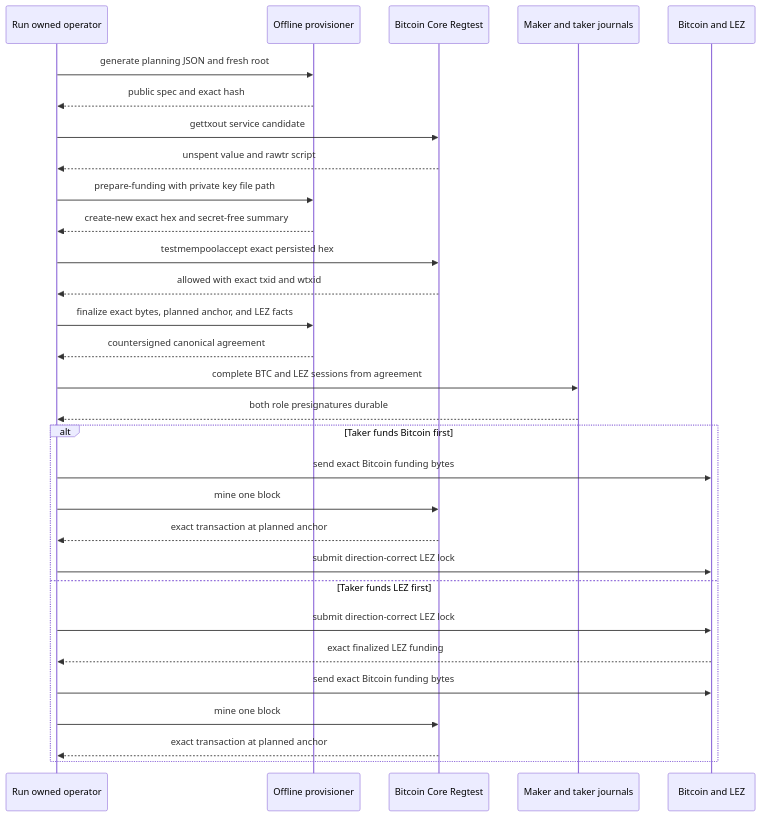
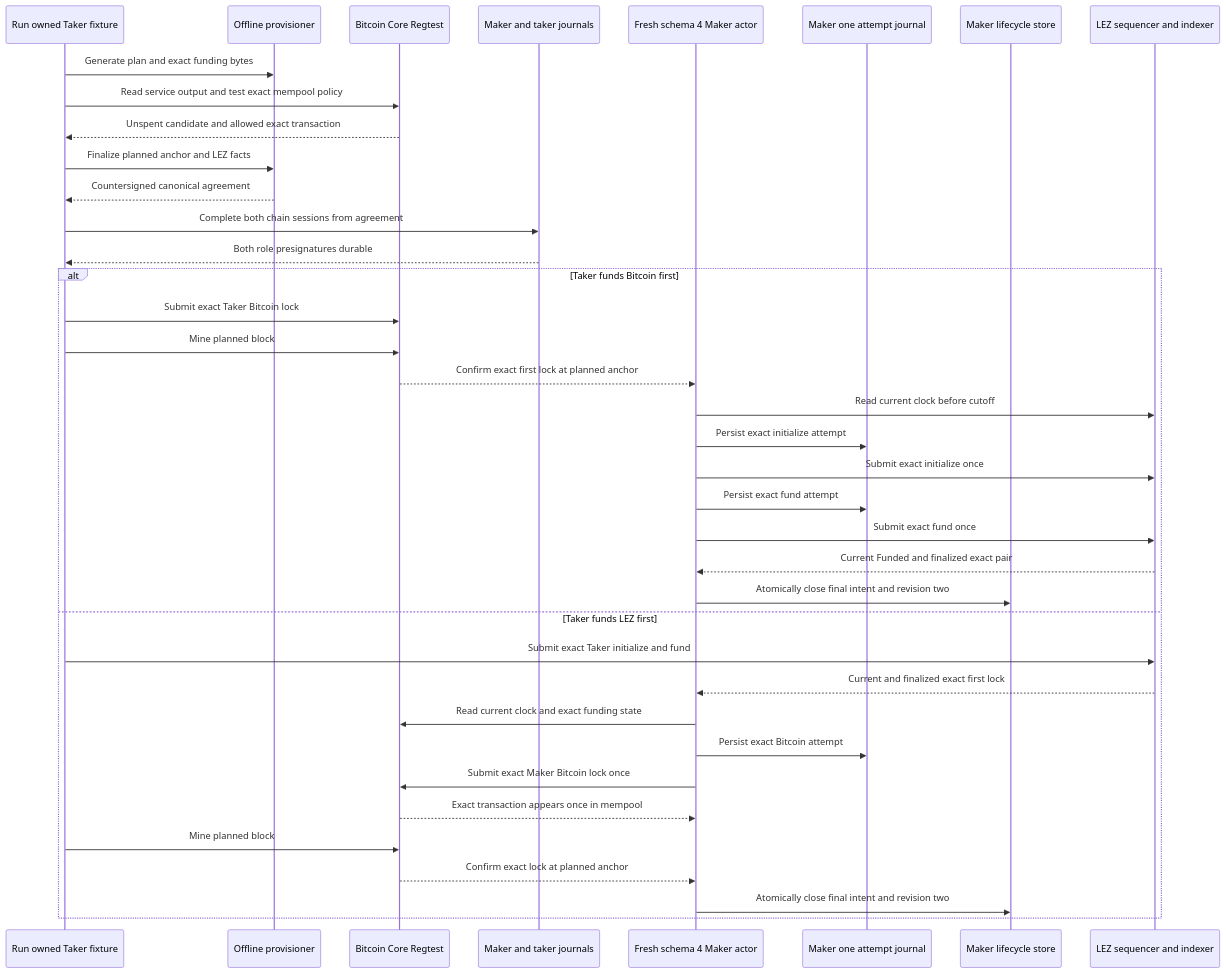
The second of 2 diagrams in docs/architecture/0037-finalize-exact-bitcoin-funding-before-first-effect.md (gateway-fm/lez-atomic-swaps), drawn with Mermaid before and after one commit. The commit also changed other lines of this file and 5 other files, not shown here.

Commit message:
docs: reconcile M3 schema4 architecture decisions

````diff
--- a/docs/architecture/0037-finalize-exact-bitcoin-funding-before-first-effect.md
+++ b/docs/architecture/0037-finalize-exact-bitcoin-funding-before-first-effect.md
@@ -91,33 +108,41 @@
 ```mermaid
 sequenceDiagram
-    participant Operator as Run owned operator
+    participant Fixture as Run owned Taker fixture
     participant Provisioner as Offline provisioner
     participant Core as Bitcoin Core Regtest
     participant Signers as Maker and taker journals
-    participant Chains as Bitcoin and LEZ
+    participant Maker as Fresh schema 4 Maker actor
+    participant Journal as Maker one attempt journal
+    participant Store as Maker lifecycle store
+    participant Lez as LEZ sequencer and indexer
 
-    Operator->>Provisioner: generate planning JSON and fresh root
-    Provisioner-->>Operator: public spec and exact hash
-    Operator->>Core: gettxout service candidate
-    Core-->>Operator: unspent value and rawtr script
-    Operator->>Provisioner: prepare-funding with private key file path
-    Provisioner-->>Operator: create-new exact hex and secret-free summary
-    Operator->>Core: testmempoolaccept exact persisted hex
-    Core-->>Operator: allowed with exact txid and wtxid
-    Operator->>Provisioner: finalize exact bytes, planned anchor, and LEZ facts
-    Provisioner-->>Operator: countersigned canonical agreement
-    Operator->>Signers: complete BTC and LEZ sessions from agreement
-    Signers-->>Operator: both role presignatures durable
+    Fixture->>Provisioner: Generate plan and exact funding bytes
+    Fixture->>Core: Read service output and test exact mempool policy
+    Core-->>Fixture: Unspent candidate and allowed exact transaction
+    Fixture->>Provisioner: Finalize planned anchor and LEZ facts
+    Provisioner-->>Fixture: Countersigned canonical agreement
+    Fixture->>Signers: Complete both chain sessions from agreement
+    Signers-->>Fixture: Both role presignatures durable
     alt Taker funds Bitcoin first
-        Operator->>Chains: send exact Bitcoin funding bytes
-        Operator->>Core: mine one block
-        Core-->>Operator: exact transaction at planned anchor
-        Operator->>Chains: submit direction-correct LEZ lock
+        Fixture->>Core: Submit exact Taker Bitcoin lock
+        Fixture->>Core: Mine planned block
+        Core-->>Maker: Confirm exact first lock at planned anchor
+        Maker->>Lez: Read current clock before cutoff
+        Maker->>Journal: Persist exact initialize attempt
+        Maker->>Lez: Submit exact initialize once
+        Maker->>Journal: Persist exact fund attempt
+        Maker->>Lez: Submit exact fund once
+        Lez-->>Maker: Current Funded and finalized exact pair
+        Maker->>Store: Atomically close final intent and revision two
     else Taker funds LEZ first
-        Operator->>Chains: submit direction-correct LEZ lock
-        Chains-->>Operator: exact finalized LEZ funding
-        Operator->>Chains: send exact Bitcoin funding bytes
-        Operator->>Core: mine one block
-        Core-->>Operator: exact transaction at planned anchor
+        Fixture->>Lez: Submit exact Taker initialize and fund
+        Lez-->>Maker: Current and finalized exact first lock
+        Maker->>Core: Read current clock and exact funding state
+        Maker->>Journal: Persist exact Bitcoin attempt
+        Maker->>Core: Submit exact Maker Bitcoin lock once
+        Core-->>Maker: Exact transaction appears once in mempool
+        Fixture->>Core: Mine planned block
+        Core-->>Maker: Confirm exact lock at planned anchor
+        Maker->>Store: Atomically close final intent and revision two
     end
 ```
````
